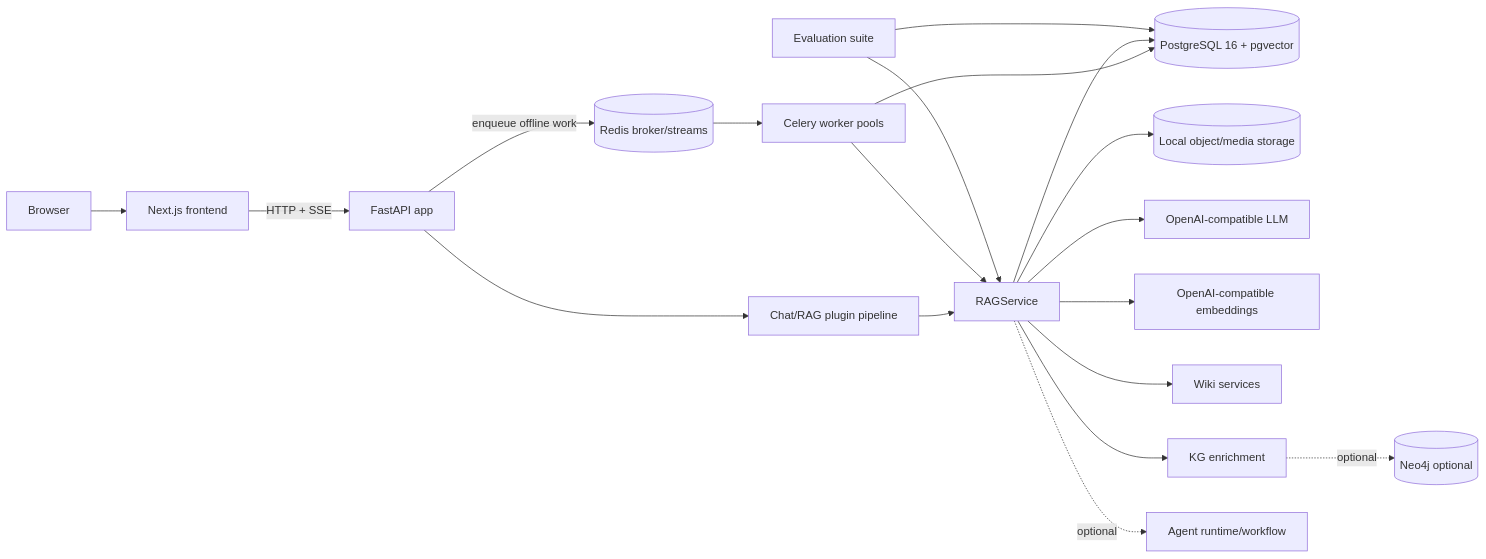
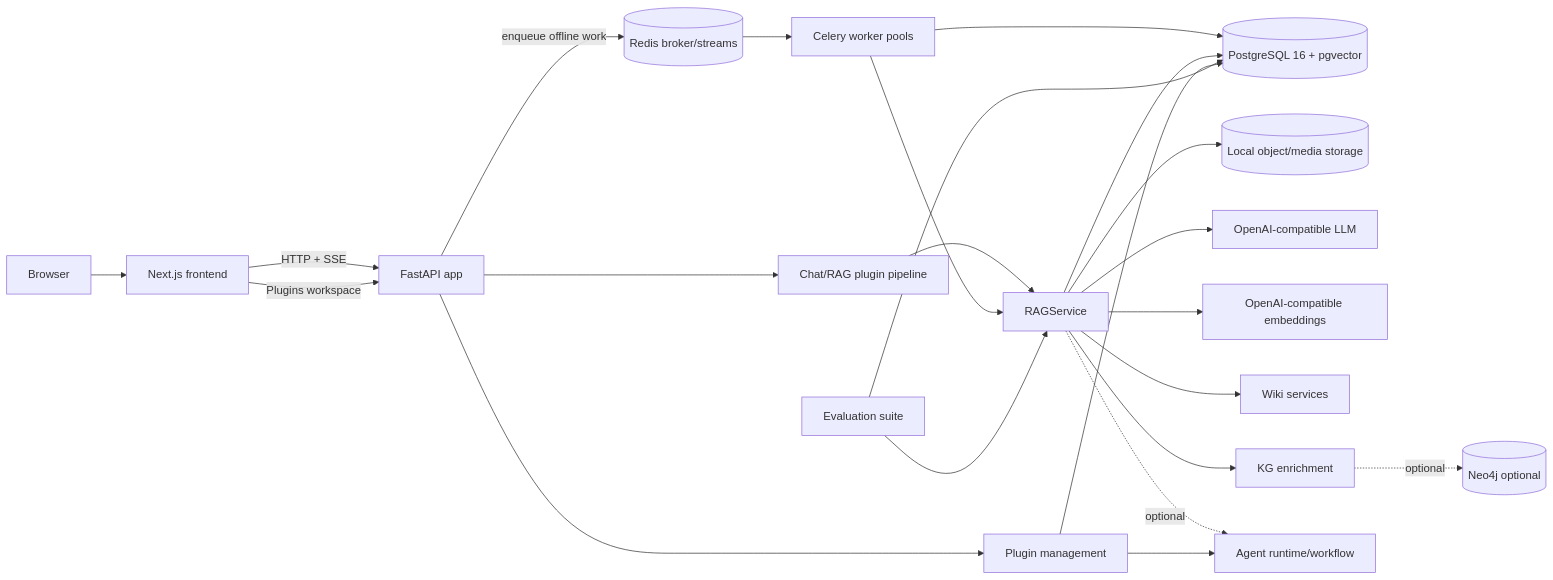
The diagram in docs/ARCHITECTURE.md (stsshenwei/Bee), drawn with Mermaid before and after one commit. The commit also changed other lines of this file and 261 other files, not shown here.

````diff
--- a/docs/ARCHITECTURE.md
+++ b/docs/ARCHITECTURE.md
@@ -12,38 +12,43 @@
 ```mermaid
 flowchart LR
     U[Browser]
     FE[Next.js frontend]
     API[FastAPI app]
     RAG[RAGService]
     PIPE[Chat/RAG plugin pipeline]
     PG[(PostgreSQL 16 + pgvector)]
     REDIS[(Redis broker/streams)]
     WORKERS[Celery worker pools]
     OBJ[(Local object/media storage)]
     LLM[OpenAI-compatible LLM]
     EMB[OpenAI-compatible embeddings]
     WIKI[Wiki services]
     KG[KG enrichment]
     GRAPH[(Neo4j optional)]
     EVAL[Evaluation suite]
     AGENT[Agent runtime/workflow]
+    PLUGINS[Plugin management]
 
     U --> FE
     FE -->|HTTP + SSE| API
+    FE -->|Plugins workspace| API
     API --> PIPE
+    API --> PLUGINS
     PIPE --> RAG
     API -->|enqueue offline work| REDIS
     REDIS --> WORKERS
     WORKERS --> RAG
     WORKERS --> PG
     RAG --> PG
     RAG --> OBJ
     RAG --> LLM
     RAG --> EMB
     RAG --> WIKI
     RAG --> KG
     KG -. optional .-> GRAPH
     RAG -. optional .-> AGENT
+    PLUGINS --> AGENT
+    PLUGINS --> PG
     EVAL --> RAG
     EVAL --> PG
 ```
````
